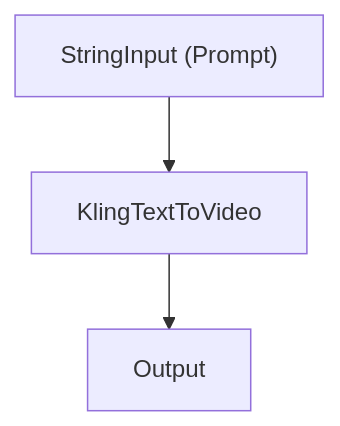
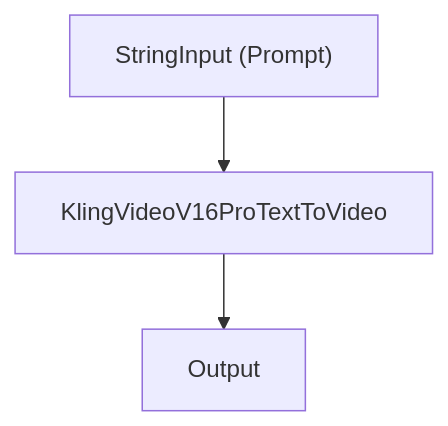
Before and after one commit to nodetool-ai/nodetool: diagram 12 of 17 in docs/cookbook/patterns.md, drawn with Mermaid. The commit also changed other lines of this file and 46 other files, not shown here.

```diff
--- a/docs/cookbook/patterns.md
+++ b/docs/cookbook/patterns.md
@@ -418,8 +414,8 @@
 {% mermaid %}
 graph TD
   string_input["StringInput (Prompt)"]
   output["Output"]
-  kling_text_to_video["KlingTextToVideo"]
+  kling_text_to_video["KlingVideoV16ProTextToVideo"]
   string_input --> kling_text_to_video
   kling_text_to_video --> output
 {% endmermaid %}
```
